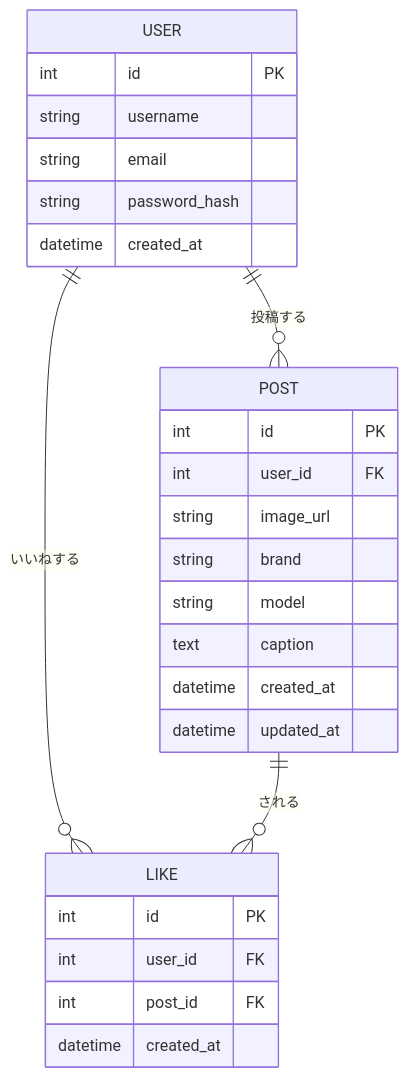
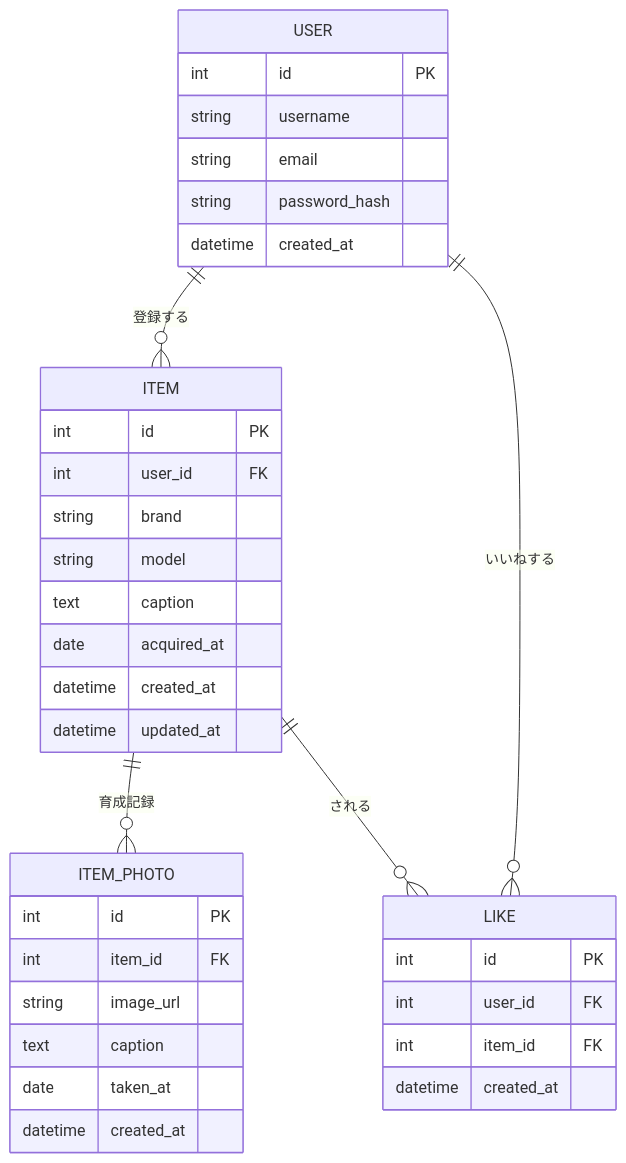
One commit to kontsuyo/my-app-v2 changed the first of 2 diagrams in docs/SPEC.md. Above: the diagram before and after it, drawn with Mermaid. The commit also changed other lines of this file and 1 other file, not shown here.

Commit message:
docs: Patina Project日本版へ仕様をピボット(Post→Item/ItemPhoto)

````diff
--- a/docs/SPEC.md
+++ b/docs/SPEC.md
@@ -98,30 +103,39 @@
 ```mermaid
 erDiagram
-    USER ||--o{ POST : "投稿する"
+    USER ||--o{ ITEM : "登録する"
     USER ||--o{ LIKE : "いいねする"
-    POST ||--o{ LIKE : "される"
+    ITEM ||--o{ ITEM_PHOTO : "育成記録"
+    ITEM ||--o{ LIKE : "される"
 
     USER {
         int id PK
         string username
         string email
         string password_hash
         datetime created_at
     }
-    POST {
+    ITEM {
         int id PK
         int user_id FK
-        string image_url
         string brand
         string model
         text caption
+        date acquired_at
         datetime created_at
         datetime updated_at
+    }
+    ITEM_PHOTO {
+        int id PK
+        int item_id FK
+        string image_url
+        text caption
+        date taken_at
+        datetime created_at
     }
     LIKE {
         int id PK
         int user_id FK
-        int post_id FK
+        int item_id FK
         datetime created_at
     }
 ```
````
